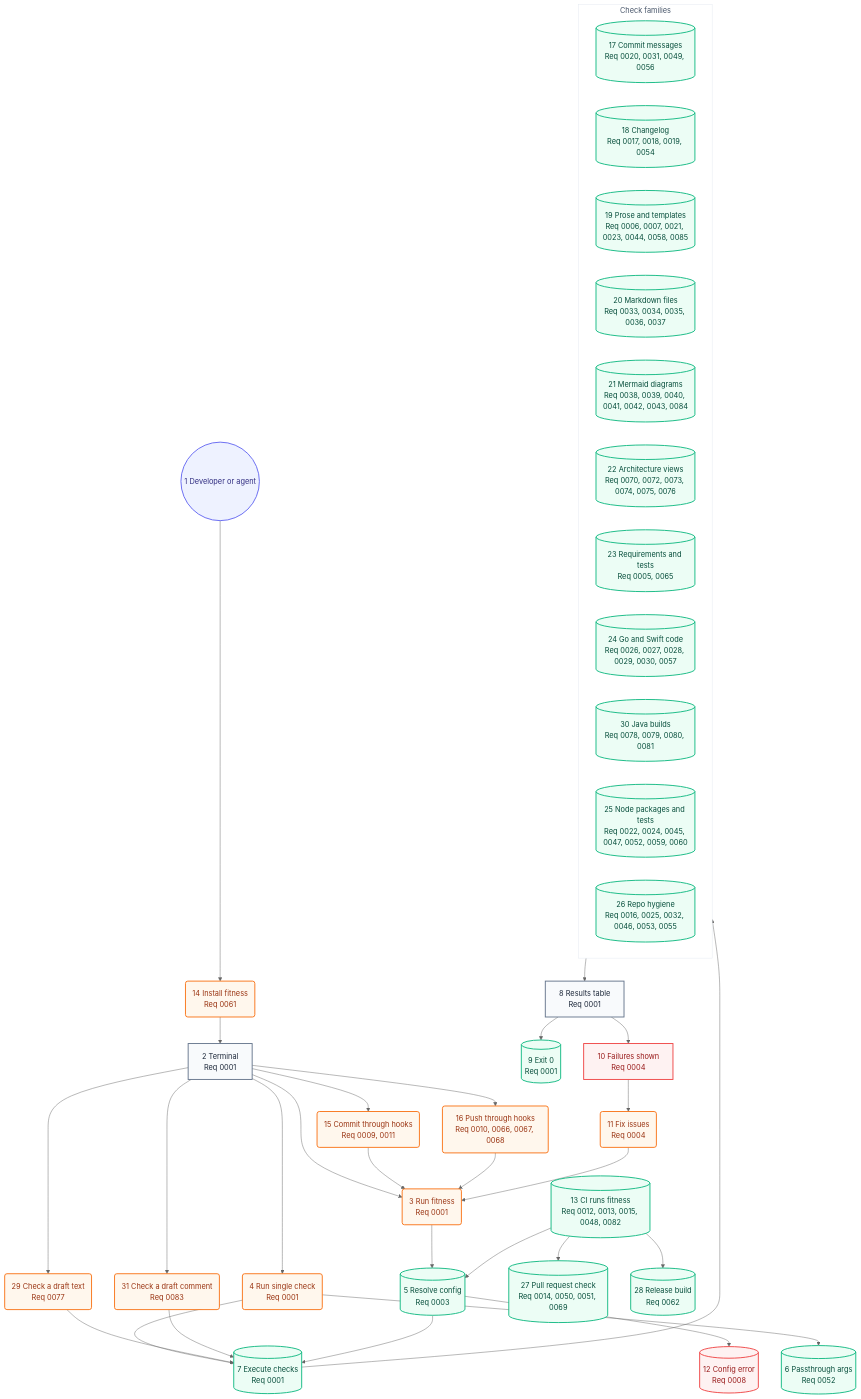
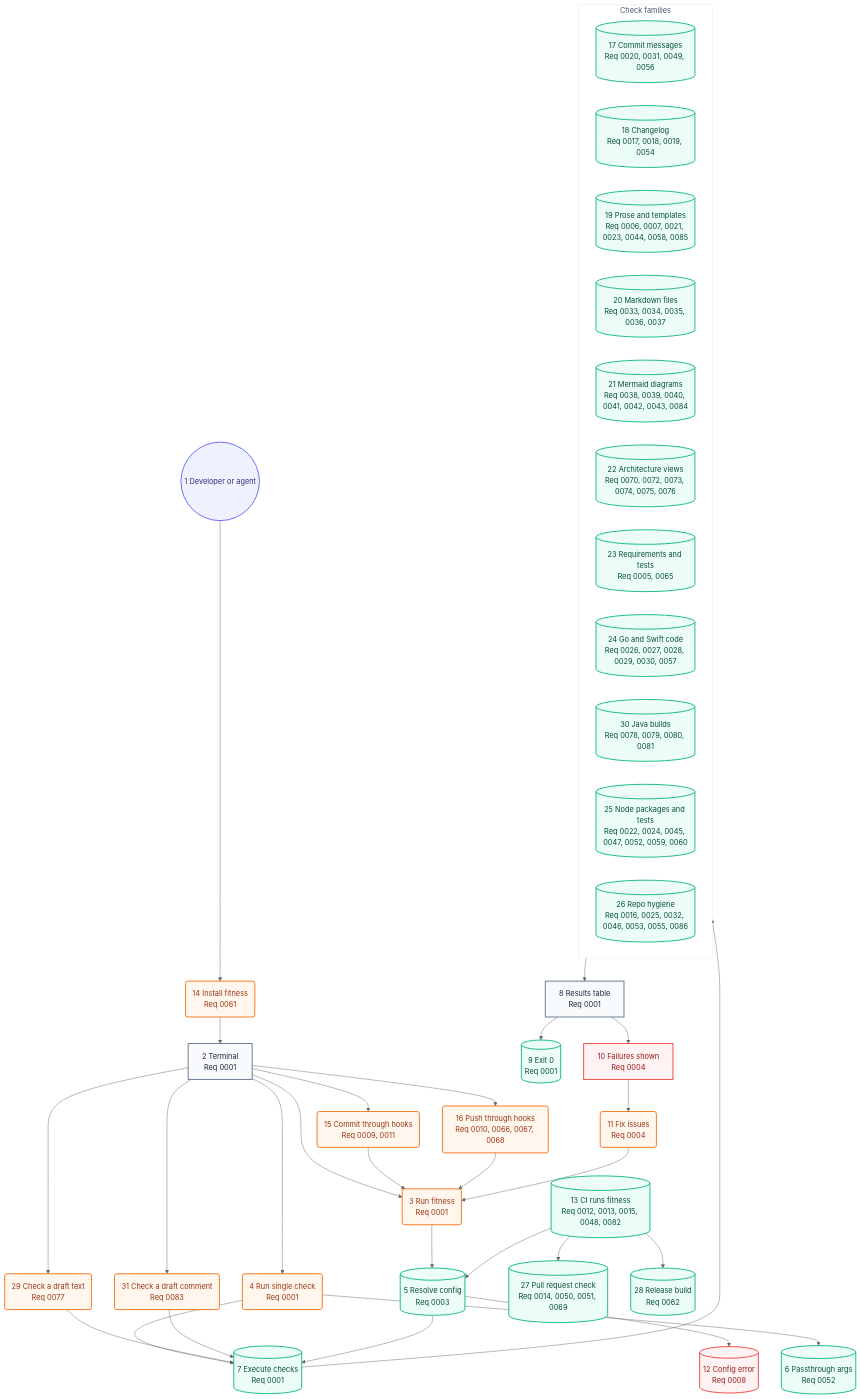
The second of 2 diagrams in docs/architecture/05-user-journey.md (may-journal/fitness-runner), drawn with Mermaid (neutral theme) before and after one commit. The commit also changed 11 other files, not shown here.

````diff
--- a/docs/architecture/05-user-journey.md
+++ b/docs/architecture/05-user-journey.md
@@ -40,73 +40,73 @@
 ```mermaid
 flowchart TB
     dev((1 Developer or agent)):::persona
     install(14 Install fitness<br/>Req 0061):::action
     terminal[2 Terminal<br/>Req 0001]:::screen
     runFull(3 Run fitness<br/>Req 0001):::action
     runSingle(4 Run single check<br/>Req 0001):::action
     runBlob(29 Check a draft text<br/>Req 0077):::action
     runComment(31 Check a draft comment<br/>Req 0083):::action
     commitHook(15 Commit through hooks<br/>Req 0009, 0011):::action
     pushHook(16 Push through hooks<br/>Req 0010, 0066, 0067, 0068):::action
     resolveConfig[(5 Resolve config<br/>Req 0003)]:::system
     passArgs[(6 Passthrough args<br/>Req 0052)]:::system
     executeChecks[(7 Execute checks<br/>Req 0001)]:::system
 
     subgraph checks["Check families"]
         commitChecks[(17 Commit messages<br/>Req 0020, 0031, 0049, 0056)]:::system
         changelogChecks[(18 Changelog<br/>Req 0017, 0018, 0019, 0054)]:::system
         proseChecks[(19 Prose and templates<br/>Req 0006, 0007, 0021, 0023, 0044, 0058, 0085)]:::system
         markdownChecks[(20 Markdown files<br/>Req 0033, 0034, 0035, 0036, 0037)]:::system
         mermaidChecks[(21 Mermaid diagrams<br/>Req 0038, 0039, 0040, 0041, 0042, 0043, 0084)]:::system
         architectureChecks[(22 Architecture views<br/>Req 0070, 0072, 0073, 0074, 0075, 0076)]:::system
         requirementChecks[(23 Requirements and tests<br/>Req 0005, 0065)]:::system
         goSwiftChecks[(24 Go and Swift code<br/>Req 0026, 0027, 0028, 0029, 0030, 0057)]:::system
         javaChecks[(30 Java builds<br/>Req 0078, 0079, 0080, 0081)]:::system
         nodeChecks[(25 Node packages and tests<br/>Req 0022, 0024, 0045, 0047, 0052, 0059, 0060)]:::system
-        repoChecks[(26 Repo hygiene<br/>Req 0016, 0025, 0032, 0046, 0053, 0055)]:::system
+        repoChecks[(26 Repo hygiene<br/>Req 0016, 0025, 0032, 0046, 0053, 0055, 0086)]:::system
     end
 
     resultsTable[8 Results table<br/>Req 0001]:::screen
     exitZero[(9 Exit 0<br/>Req 0001)]:::system
     failuresShown[10 Failures shown<br/>Req 0004]:::blocked
     fixIssues(11 Fix issues<br/>Req 0004):::action
     configError[(12 Config error<br/>Req 0008)]:::blocked
     ciRun[(13 CI runs fitness<br/>Req 0012, 0013, 0015, 0048, 0082)]:::system
     prCheck[(27 Pull request check<br/>Req 0014, 0050, 0051, 0069)]:::system
     release[(28 Release build<br/>Req 0062)]:::system
 
     dev --> install
     install --> terminal
     terminal --> runFull
     terminal --> runSingle
     terminal --> commitHook
     terminal --> pushHook
     terminal --> runBlob
     terminal --> runComment
     commitHook --> runFull
     pushHook --> runFull
     runFull --> resolveConfig
     runSingle --> executeChecks
     runSingle --> passArgs
     runBlob --> executeChecks
     runComment --> executeChecks
     resolveConfig --> executeChecks
     resolveConfig --> configError
     executeChecks --> checks
     checks --> resultsTable
     resultsTable --> exitZero
     resultsTable --> failuresShown
     failuresShown --> fixIssues
     fixIssues --> runFull
     ciRun --> resolveConfig
     ciRun --> prCheck
     ciRun --> release
 
     classDef persona fill:#eef2ff,stroke:#6366f1,color:#312e81,stroke-width:2px
     classDef screen fill:#f8fafc,stroke:#64748b,color:#1e293b,stroke-width:2px
     classDef action fill:#fff7ed,stroke:#f97316,color:#9a3412,stroke-width:2px
     classDef system fill:#ecfdf5,stroke:#10b981,color:#064e3b,stroke-width:2px
     classDef blocked fill:#fef2f2,stroke:#ef4444,color:#991b1b,stroke-width:2px
 
     style checks fill:#ffffff,stroke:#e2e8f0,color:#475569,stroke-width:1px
 ```
````
